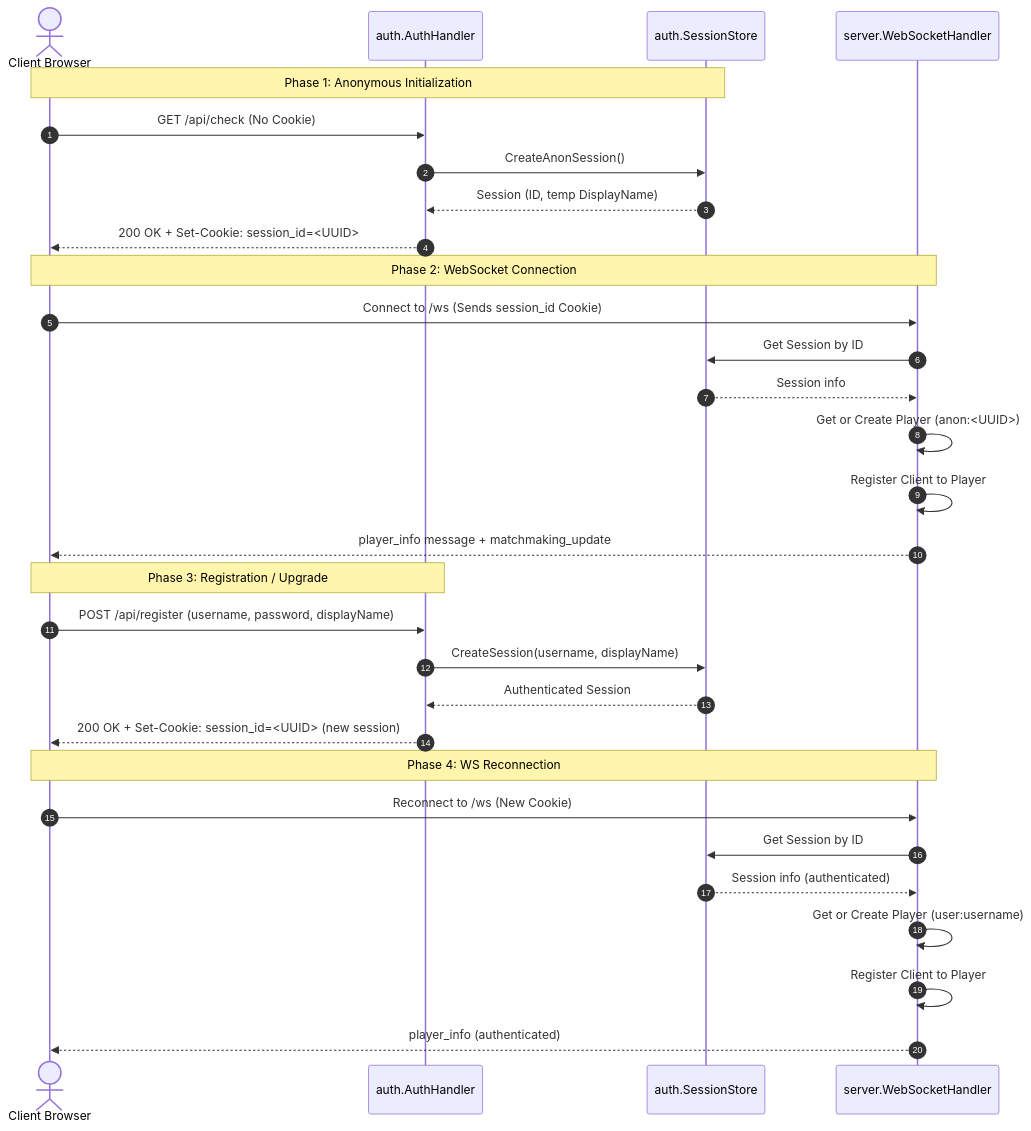
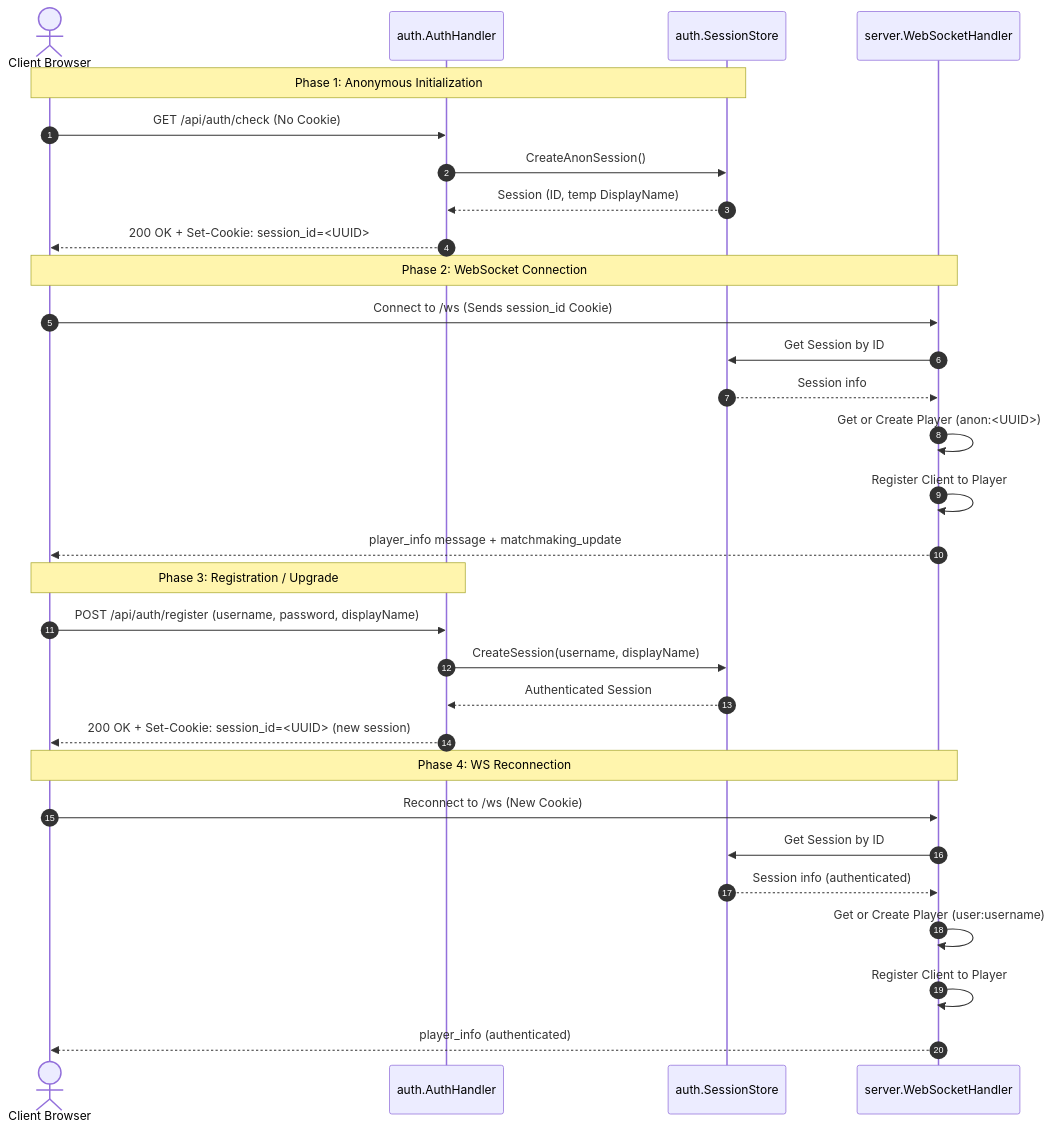
Before and after one commit to danielruijs/go-chess: the third of 4 diagrams in backend/ARCHITECTURE.md, drawn with Mermaid. The commit also changed 3 other files, not shown here.

Commit message:
refactor: update API endpoints to include '/auth' prefix

````diff
--- a/backend/ARCHITECTURE.md
+++ b/backend/ARCHITECTURE.md
@@ -115,36 +115,36 @@
 ```mermaid
 sequenceDiagram
     autonumber
     actor Browser as Client Browser
     participant Auth as auth.AuthHandler
     participant Sessions as auth.SessionStore
     participant WS as server.WebSocketHandler
     
     Note over Browser, Sessions: Phase 1: Anonymous Initialization
-    Browser->>Auth: GET /api/check (No Cookie)
+    Browser->>Auth: GET /api/auth/check (No Cookie)
     Auth->>Sessions: CreateAnonSession()
     Sessions-->>Auth: Session (ID, temp DisplayName)
     Auth-->>Browser: 200 OK + Set-Cookie: session_id=<UUID>
     
     Note over Browser, WS: Phase 2: WebSocket Connection
     Browser->>WS: Connect to /ws (Sends session_id Cookie)
     WS->>Sessions: Get Session by ID
     Sessions-->>WS: Session info
     WS->>WS: Get or Create Player (anon:<UUID>)
     WS->>WS: Register Client to Player
     WS-->>Browser: player_info message + matchmaking_update
     
     Note over Browser, Auth: Phase 3: Registration / Upgrade
-    Browser->>Auth: POST /api/register (username, password, displayName)
+    Browser->>Auth: POST /api/auth/register (username, password, displayName)
     Auth->>Sessions: CreateSession(username, displayName)
     Sessions-->>Auth: Authenticated Session
     Auth-->>Browser: 200 OK + Set-Cookie: session_id=<UUID> (new session)
     
     Note over Browser, WS: Phase 4: WS Reconnection
     Browser->>WS: Reconnect to /ws (New Cookie)
     WS->>Sessions: Get Session by ID
     Sessions-->>WS: Session info (authenticated)
     WS->>WS: Get or Create Player (user:username)
     WS->>WS: Register Client to Player
     WS-->>Browser: player_info (authenticated)
 ```
````
